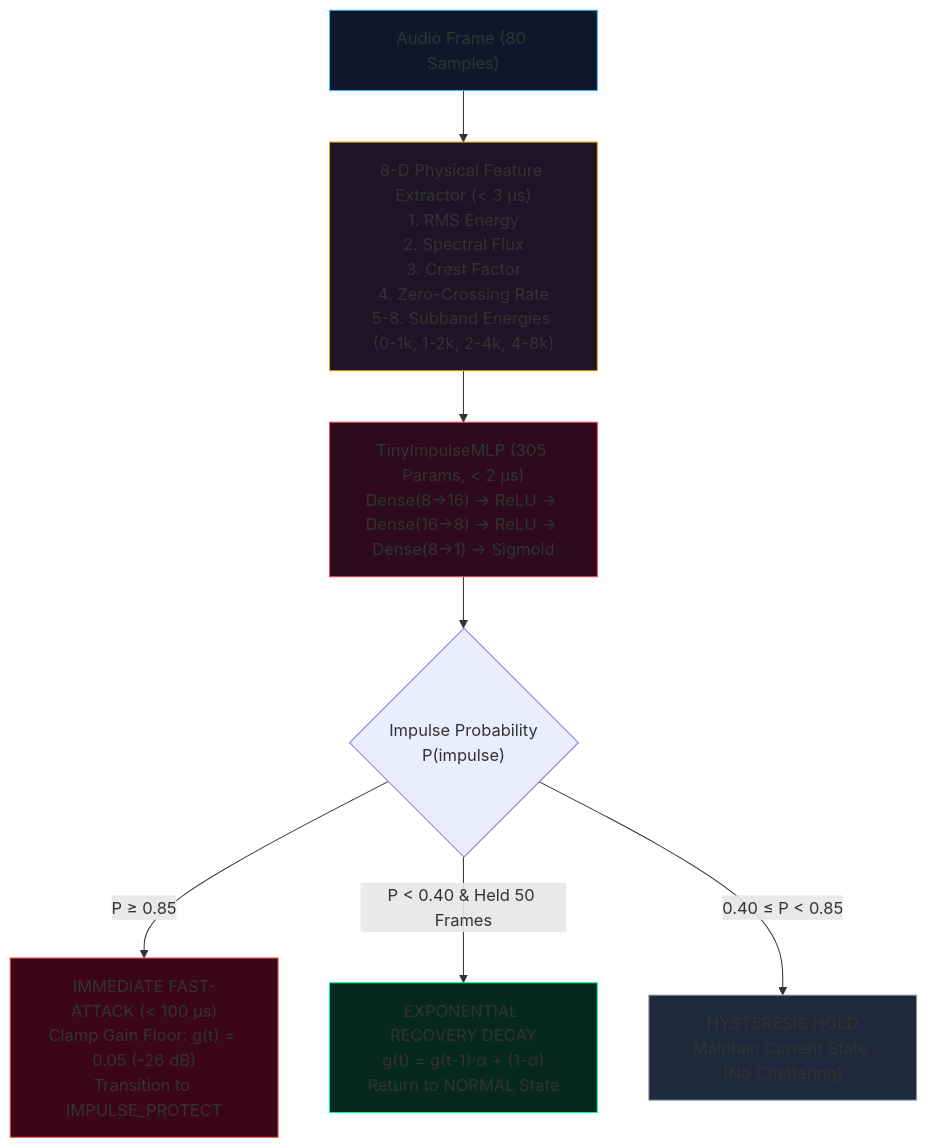
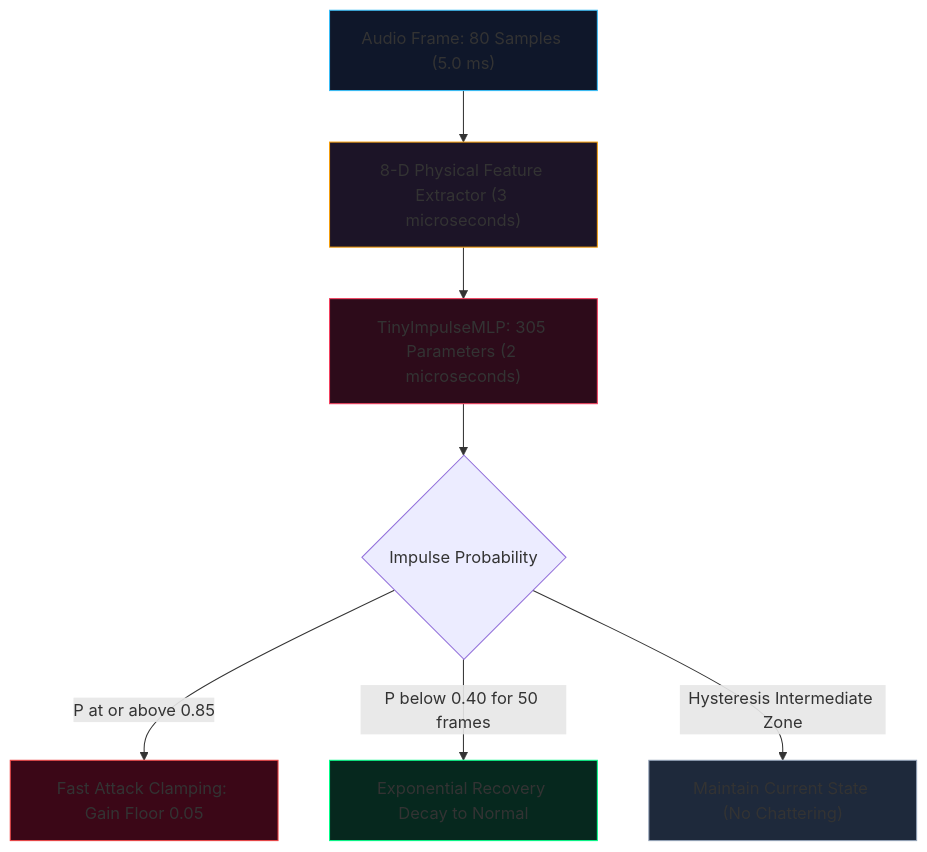
One commit to raghul-cyber/noiseless-X6 changed the fourth of 4 diagrams in README.md. Above: the diagram before and after it, drawn with Mermaid. The commit also changed other lines of this file, not shown here.

Commit message:
fix(docs): resolve Mermaid syntax parse errors across all diagrams in README.md

````diff
--- a/README.md
+++ b/README.md
@@ -287,16 +287,16 @@
 ```mermaid
 flowchart TD
-    FRAME["Audio Frame (80 Samples)"] --> FEAT["8-D Physical Feature Extractor (&lt; 3 μs)<br/>1. RMS Energy<br/>2. Spectral Flux<br/>3. Crest Factor<br/>4. Zero-Crossing Rate<br/>5-8. Subband Energies (0-1k, 1-2k, 2-4k, 4-8k)"]
-    FEAT --> MLP["TinyImpulseMLP (305 Params, &lt; 2 μs)<br/>Dense(8->16) -> ReLU -> Dense(16->8) -> ReLU -> Dense(8->1) -> Sigmoid"]
-    MLP --> PROB{"Impulse Probability<br/>P(impulse)"}
-    PROB -->|P ≥ 0.85| ATTACK["IMMEDIATE FAST-ATTACK (&lt; 100 μs)<br/>Clamp Gain Floor: g(t) = 0.05 (-26 dB)<br/>Transition to IMPULSE_PROTECT"]
-    PROB -->|P &lt; 0.40 & Held 50 Frames| DECAY["EXPONENTIAL RECOVERY DECAY<br/>g(t) = g(t-1)·α + (1-α)<br/>Return to NORMAL State"]
-    PROB -->|0.40 ≤ P &lt; 0.85| HOLD["HYSTERESIS HOLD<br/>Maintain Current State (No Chattering)"]
+    FRAME["Audio Frame: 80 Samples (5.0 ms)"] --> FEAT["8-D Physical Feature Extractor (3 microseconds)"]
+    FEAT --> MLP["TinyImpulseMLP: 305 Parameters (2 microseconds)"]
+    MLP --> PROB{"Impulse Probability"}
+    PROB -->|P at or above 0.85| ATTACK["Fast Attack Clamping: Gain Floor 0.05"]
+    PROB -->|P below 0.40 for 50 frames| DECAY["Exponential Recovery Decay to Normal"]
+    PROB -->|Hysteresis Intermediate Zone| HOLD["Maintain Current State (No Chattering)"]
 
     style FRAME fill:#0f172a,stroke:#38bdf8
     style FEAT fill:#1c1427,stroke:#f59e0b
     style MLP fill:#2d0b1a,stroke:#f43f5e
     style ATTACK fill:#3b0717,stroke:#ef4444
     style DECAY fill:#06281e,stroke:#00ff88
     style HOLD fill:#1e293b,stroke:#94a3b8
 ```
````
